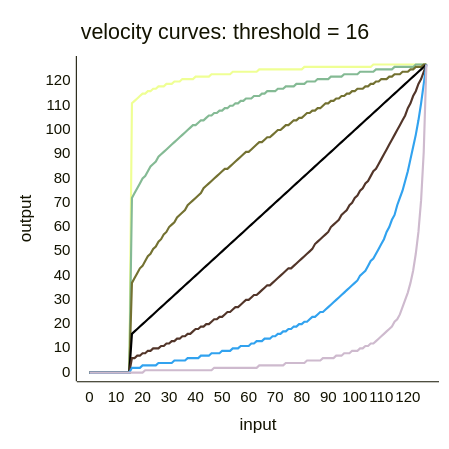
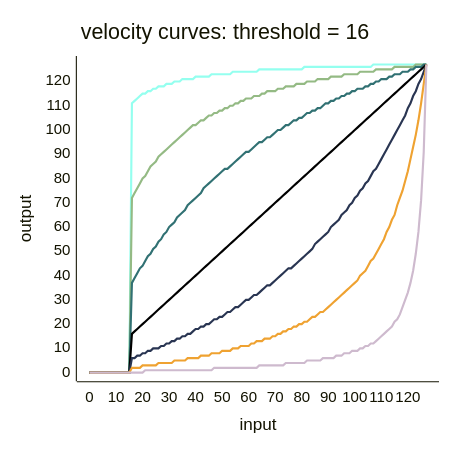
The third of 4 diagrams in README.md (HLammers/cybo-drummer), drawn with Mermaid before and after one commit. The commit also changed other lines of this file, not shown here.

````diff
--- a/README.md
+++ b/README.md
@@ -139,28 +140,28 @@
 ```mermaid
 ---
 config:
     xyChart:
         width: 400
         height: 400
         xAxis:
             showTick: false
             axisLineWidth: 1
         yAxis:
             showTick: false
             axisLineWidth: 1
     themeVariables:
         xyChart:
-            plotColorPalette: "#EFFF94, #84BA94, #737131, #000000, #523529, #31A2EF, #CEBACE"
+            plotColorPalette: "#94ffef, #94ba84, #317173, #000000, #293552, #efa231, #cebace"
 ---
 xychart-beta
 title "velocity curves: threshold = 16"
 x-axis input 0 --> 127
 y-axis output
 line "positive 3" [0, 0, 0, 0, 0, 0, 0, 0, 0, 0, 0, 0, 0, 0, 0, 0, 111, 112, 113, 114, 115, 115, 116, 116, 117, 117, 118, 118, 118, 119, 119, 119, 120, 120, 120, 121, 121, 121, 121, 121, 122, 122, 122, 122, 122, 122, 123, 123, 123, 123, 123, 123, 123, 123, 124, 124, 124, 124, 124, 124, 124, 124, 124, 124, 125, 125, 125, 125, 125, 125, 125, 125, 125, 125, 125, 125, 125, 125, 125, 125, 125, 126, 126, 126, 126, 126, 126, 126, 126, 126, 126, 126, 126, 126, 126, 126, 126, 126, 126, 126, 126, 126, 126, 126, 126, 126, 126, 127, 127, 127, 127, 127, 127, 127, 127, 127, 127, 127, 127, 127, 127, 127, 127, 127, 127, 127, 127, 127]
 line "positive 2" [0, 0, 0, 0, 0, 0, 0, 0, 0, 0, 0, 0, 0, 0, 0, 0, 72, 74, 76, 78, 80, 81, 83, 85, 86, 87, 89, 90, 91, 92, 93, 94, 95, 96, 97, 98, 99, 100, 101, 102, 102, 103, 104, 104, 105, 106, 106, 107, 107, 108, 108, 109, 109, 110, 110, 111, 111, 112, 112, 113, 113, 113, 114, 114, 114, 115, 115, 116, 116, 116, 116, 117, 117, 117, 118, 118, 118, 118, 119, 119, 119, 119, 120, 120, 120, 120, 121, 121, 121, 121, 121, 122, 122, 122, 122, 122, 123, 123, 123, 123, 123, 123, 124, 124, 124, 124, 124, 124, 125, 125, 125, 125, 125, 125, 125, 126, 126, 126, 126, 126, 126, 126, 126, 127, 127, 127, 127, 127]
 line "positive 1" [0, 0, 0, 0, 0, 0, 0, 0, 0, 0, 0, 0, 0, 0, 0, 0, 37, 39, 41, 43, 44, 46, 48, 49, 51, 52, 54, 55, 57, 58, 60, 61, 62, 64, 65, 66, 67, 69, 70, 71, 72, 73, 74, 76, 77, 78, 79, 80, 81, 82, 83, 84, 84, 85, 86, 87, 88, 89, 90, 91, 91, 92, 93, 94, 95, 95, 96, 97, 97, 98, 99, 100, 100, 101, 102, 102, 103, 104, 104, 105, 105, 106, 107, 107, 108, 108, 109, 109, 110, 111, 111, 112, 112, 113, 113, 114, 114, 115, 115, 116, 116, 117, 117, 117, 118, 118, 119, 119, 120, 120, 121, 121, 121, 122, 122, 123, 123, 123, 124, 124, 124, 125, 125, 126, 126, 126, 127, 127]
 line "linear" [0, 0, 0, 0, 0, 0, 0, 0, 0, 0, 0, 0, 0, 0, 0, 0, 16, 17, 18, 19, 20, 21, 22, 23, 24, 25, 26, 27, 28, 29, 30, 31, 32, 33, 34, 35, 36, 37, 38, 39, 40, 41, 42, 43, 44, 45, 46, 47, 48, 49, 50, 51, 52, 53, 54, 55, 56, 57, 58, 59, 60, 61, 62, 63, 64, 65, 66, 67, 68, 69, 70, 71, 72, 73, 74, 75, 76, 77, 78, 79, 80, 81, 82, 83, 84, 85, 86, 87, 88, 89, 90, 91, 92, 93, 94, 95, 96, 97, 98, 99, 100, 101, 102, 103, 104, 105, 106, 107, 108, 109, 110, 111, 112, 113, 114, 115, 116, 117, 118, 119, 120, 121, 122, 123, 124, 125, 126, 127]
 line "negative 1" [0, 0, 0, 0, 0, 0, 0, 0, 0, 0, 0, 0, 0, 0, 0, 0, 6, 6, 7, 7, 8, 8, 9, 9, 10, 10, 10, 11, 11, 12, 12, 13, 13, 14, 14, 15, 15, 16, 16, 17, 18, 18, 19, 19, 20, 20, 21, 22, 22, 23, 23, 24, 25, 25, 26, 27, 27, 28, 29, 30, 30, 31, 32, 32, 33, 34, 35, 36, 36, 37, 38, 39, 40, 41, 42, 43, 43, 44, 45, 46, 47, 48, 49, 50, 51, 53, 54, 55, 56, 57, 58, 60, 61, 62, 63, 65, 66, 67, 69, 70, 72, 73, 75, 76, 78, 79, 81, 83, 84, 86, 88, 90, 92, 94, 96, 98, 100, 102, 104, 106, 109, 111, 114, 116, 119, 121, 124, 127]
 line "negative 2" [0, 0, 0, 0, 0, 0, 0, 0, 0, 0, 0, 0, 0, 0, 0, 0, 2, 2, 2, 2, 3, 3, 3, 3, 3, 3, 4, 4, 4, 4, 4, 4, 5, 5, 5, 5, 5, 6, 6, 6, 6, 6, 7, 7, 7, 7, 8, 8, 8, 8, 9, 9, 9, 9, 10, 10, 10, 11, 11, 11, 11, 12, 12, 13, 13, 13, 14, 14, 14, 15, 15, 16, 16, 17, 17, 18, 18, 19, 19, 20, 20, 21, 21, 22, 23, 23, 24, 25, 25, 26, 27, 28, 29, 30, 31, 32, 33, 34, 35, 36, 37, 38, 40, 41, 42, 44, 46, 47, 49, 51, 53, 55, 58, 60, 63, 65, 69, 72, 75, 79, 83, 88, 93, 98, 104, 111, 119, 127]
 line "negative 3" [0, 0, 0, 0, 0, 0, 0, 0, 0, 0, 0, 0, 0, 0, 0, 0, 0, 0, 0, 0, 0, 1, 1, 1, 1, 1, 1, 1, 1, 1, 1, 1, 1, 1, 1, 1, 1, 1, 1, 1, 1, 1, 1, 1, 1, 1, 1, 2, 2, 2, 2, 2, 2, 2, 2, 2, 2, 2, 2, 2, 2, 2, 2, 2, 3, 3, 3, 3, 3, 3, 3, 3, 3, 3, 4, 4, 4, 4, 4, 4, 4, 4, 5, 5, 5, 5, 5, 5, 6, 6, 6, 6, 6, 7, 7, 7, 8, 8, 8, 9, 9, 9, 10, 10, 11, 11, 12, 12, 13, 14, 15, 16, 17, 18, 19, 21, 22, 24, 27, 30, 33, 37, 42, 49, 58, 71, 91, 127]
 ```
````
